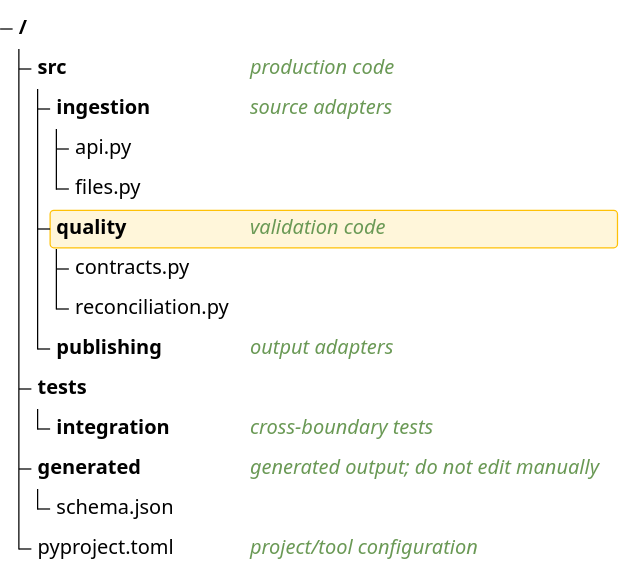
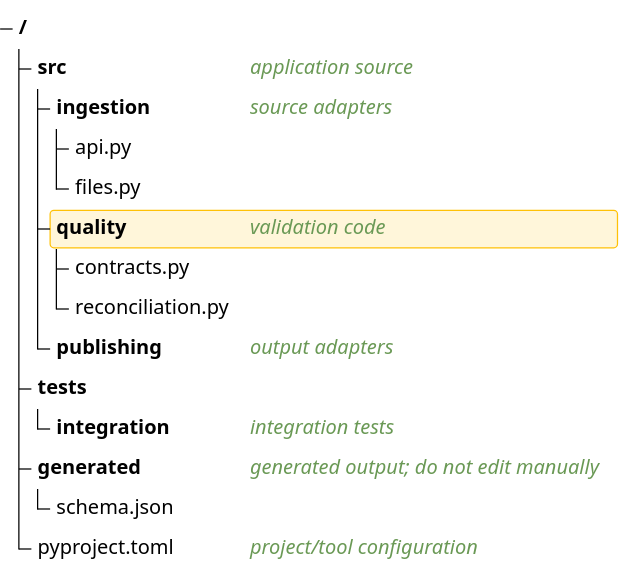
Before and after one commit to mols3131d/mols-agent-assets: the fourth of 4 diagrams in src/rulesync/.rulesync/skills/mols-mermaid-diagram/references/examples/tree-view.md, drawn with Mermaid. The commit also changed other lines of this file, not shown here.

Commit message:
docs(mermaid): tighten tree view annotation semantics

````diff
--- a/src/rulesync/.rulesync/skills/mols-mermaid-diagram/references/examples/tree-view.md
+++ b/src/rulesync/.rulesync/skills/mols-mermaid-diagram/references/examples/tree-view.md
@@ -81,16 +83,16 @@
 ```mermaid
 treeView-beta
-├── src/ ## production code
+├── src/ ## application source
 │   ├── ingestion/ ## source adapters
 │   │   ├── api.py
 │   │   └── files.py
 │   ├── quality/ :::highlight ## validation code
 │   │   ├── contracts.py
 │   │   └── reconciliation.py
 │   └── publishing/ ## output adapters
 ├── tests/
-│   └── integration/ ## cross-boundary tests
+│   └── integration/ ## integration tests
 ├── generated/ ## generated output; do not edit manually
 │   └── schema.json
 └── pyproject.toml ## project/tool configuration
 ```
````
